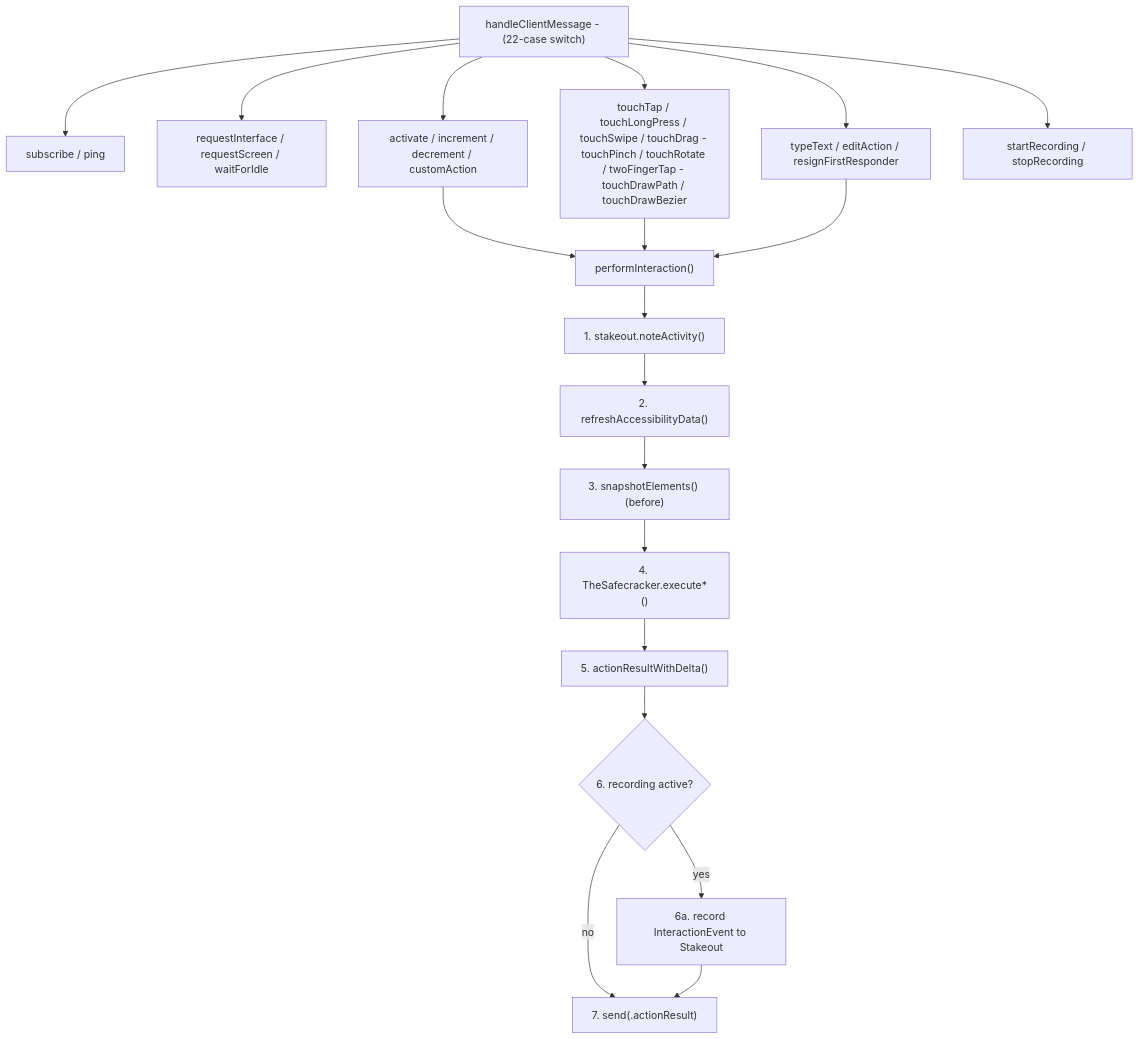
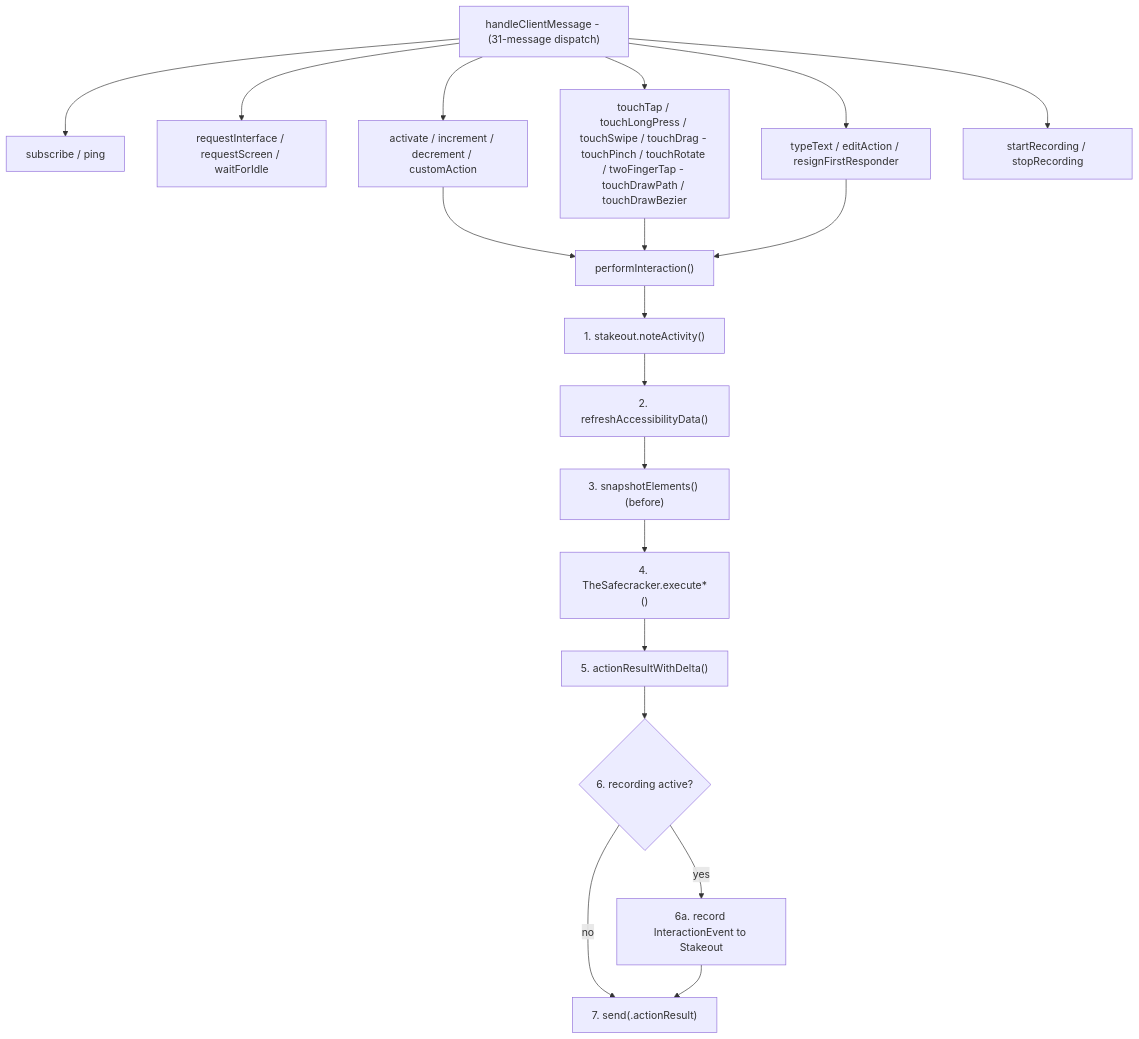
Before and after one commit to RoyalPineapple/TheButtonHeist: the second of 3 diagrams in docs/dossiers/07-THEINSIDEJOB.md, drawn with Mermaid. The commit also changed other lines of this file and 20 other files, not shown here.

````diff
--- a/docs/dossiers/07-THEINSIDEJOB.md
+++ b/docs/dossiers/07-THEINSIDEJOB.md
@@ -82,25 +82,25 @@
 ```mermaid
 flowchart TD
-    Receive["handleClientMessage - (22-case switch)"]
+    Receive["handleClientMessage - (31-message dispatch)"]
 
     Receive --> Auth["subscribe / ping"]
     Receive --> Query["requestInterface / requestScreen / waitForIdle"]
     Receive --> Actions["activate / increment / decrement / customAction"]
     Receive --> Touch["touchTap / touchLongPress / touchSwipe / touchDrag - touchPinch / touchRotate / twoFingerTap - touchDrawPath / touchDrawBezier"]
     Receive --> Text["typeText / editAction / resignFirstResponder"]
     Receive --> Recording["startRecording / stopRecording"]
 
     Actions --> Perform["performInteraction()"]
     Touch --> Perform
     Text --> Perform
 
     Perform --> Step1["1. stakeout.noteActivity()"]
     Step1 --> Step2["2. refreshAccessibilityData()"]
     Step2 --> Step3["3. snapshotElements() (before)"]
     Step3 --> Step4["4. TheSafecracker.execute*()"]
     Step4 --> Step5["5. actionResultWithDelta()"]
     Step5 --> Step6{"6. recording active?"}
     Step6 -->|yes| Step6a["6a. record InteractionEvent to Stakeout"]
     Step6 -->|no| Step7["7. send(.actionResult)"]
     Step6a --> Step7
 ```
````
